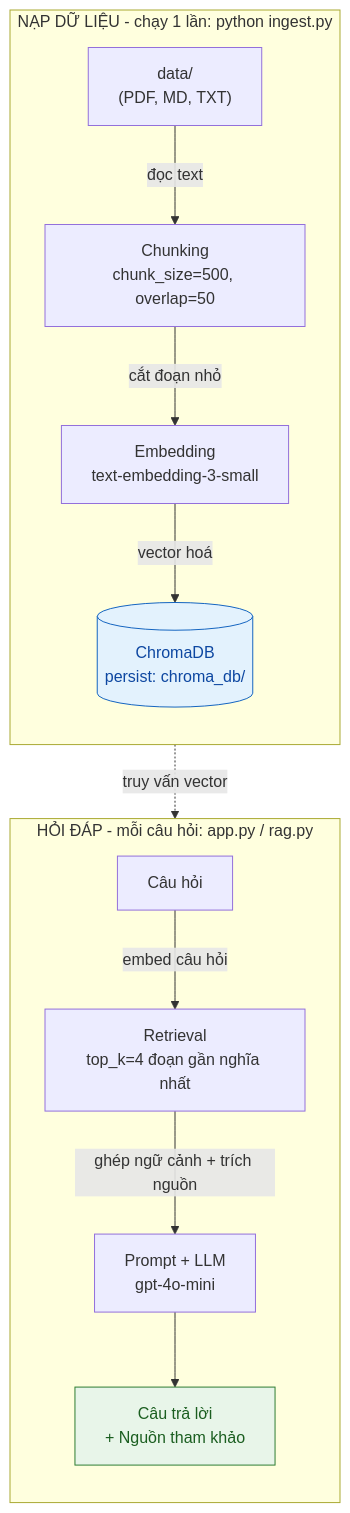
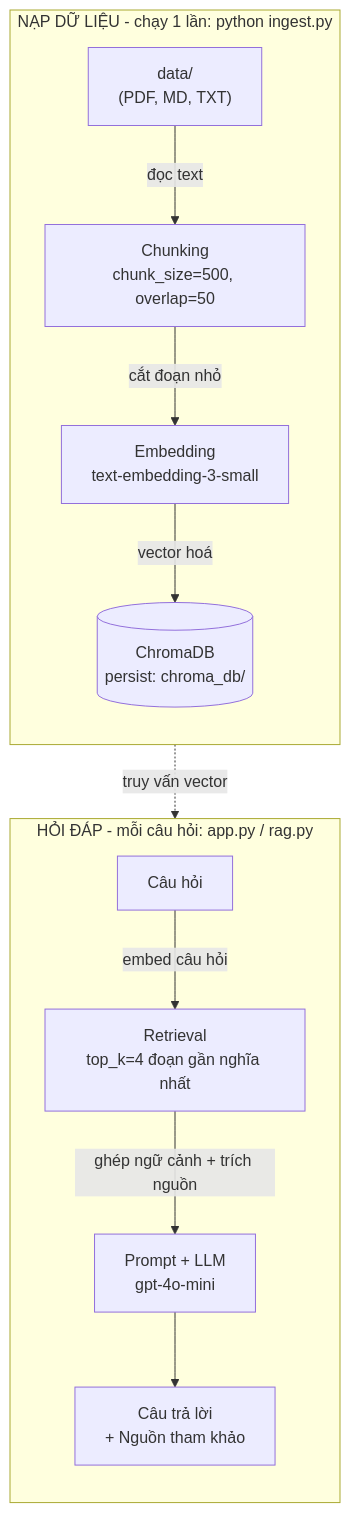
The diagram in README.md (NgTrgGiang/demo-rag-noi-quy-cong-ty), drawn with Mermaid before and after one commit. The commit also changed other lines of this file and 1 other file, not shown here.

````diff
--- a/README.md
+++ b/README.md
@@ -12,23 +19,18 @@
 ```mermaid
 flowchart TD
     subgraph ingest["NẠP DỮ LIỆU - chạy 1 lần: python ingest.py"]
         direction TB
         A["data/<br/>(PDF, MD, TXT)"] -->|đọc text| B["Chunking<br/>chunk_size=500, overlap=50"]
         B -->|cắt đoạn nhỏ| C["Embedding<br/>text-embedding-3-small"]
         C -->|vector hoá| D[("ChromaDB<br/>persist: chroma_db/")]
     end
 
     subgraph query["HỎI ĐÁP - mỗi câu hỏi: app.py / rag.py"]
         direction TB
         Q["Câu hỏi"] -->|embed câu hỏi| R["Retrieval<br/>top_k=4 đoạn gần nghĩa nhất"]
         R -->|ghép ngữ cảnh + trích nguồn| P["Prompt + LLM<br/>gpt-4o-mini"]
         P --> ANS["Câu trả lời<br/>+ Nguồn tham khảo"]
     end
 
     D -.->|truy vấn vector| R
-
-    classDef store fill:#e3f2fd,stroke:#1565c0,color:#0d47a1;
-    classDef out fill:#e8f5e9,stroke:#2e7d32,color:#1b5e20;
-    class D store;
-    class ANS out;
 ```
````
